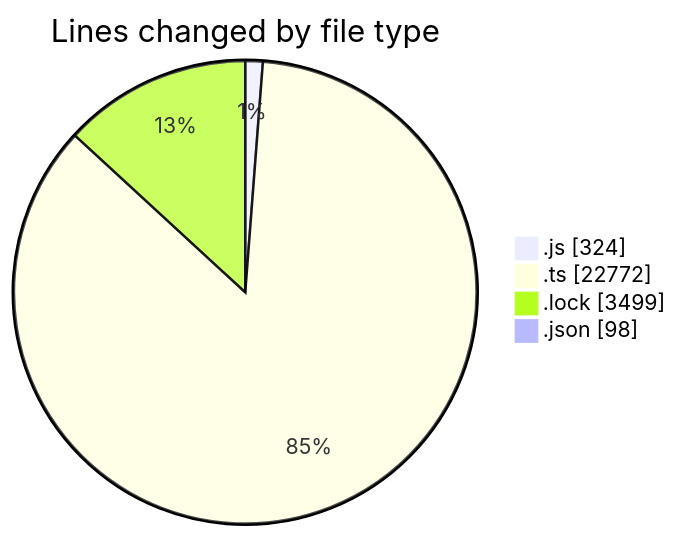
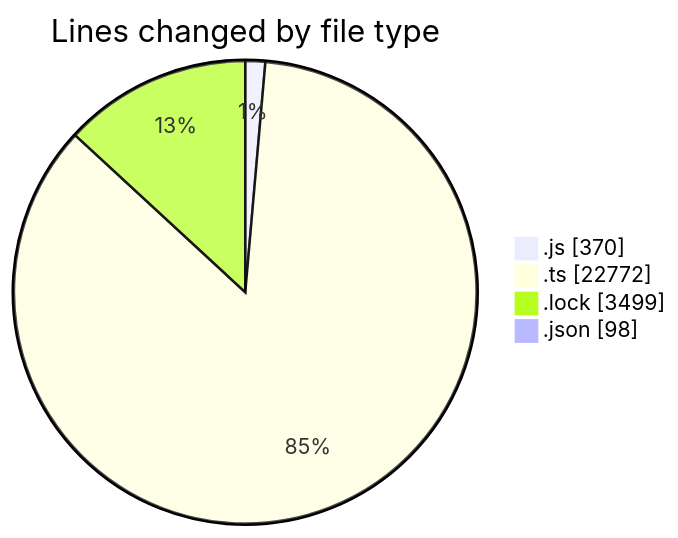
Before and after one commit to momahboobian/code-tracking: the first of 2 diagrams in 2025-05-27/cda/README.md, drawn with Mermaid. The commit also changed other lines of this file and 1 other file, not shown here.

````diff
--- a/2025-05-27/cda/README.md
+++ b/2025-05-27/cda/README.md
@@ -30,8 +30,8 @@
 ```mermaid
 pie showData
 title Lines changed by file type
-".js" : 324
+".js" : 370
 ".ts" : 22772
 ".lock" : 3499
 ".json" : 98
 ```
````
